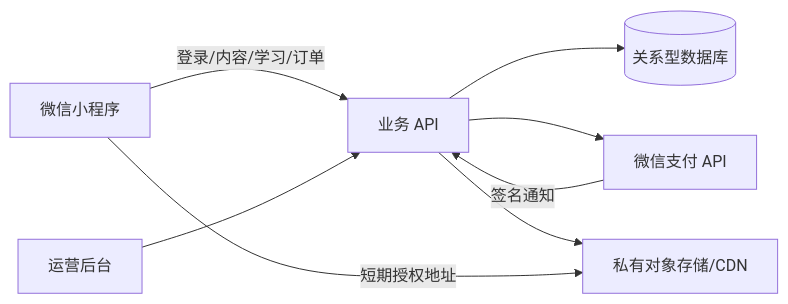
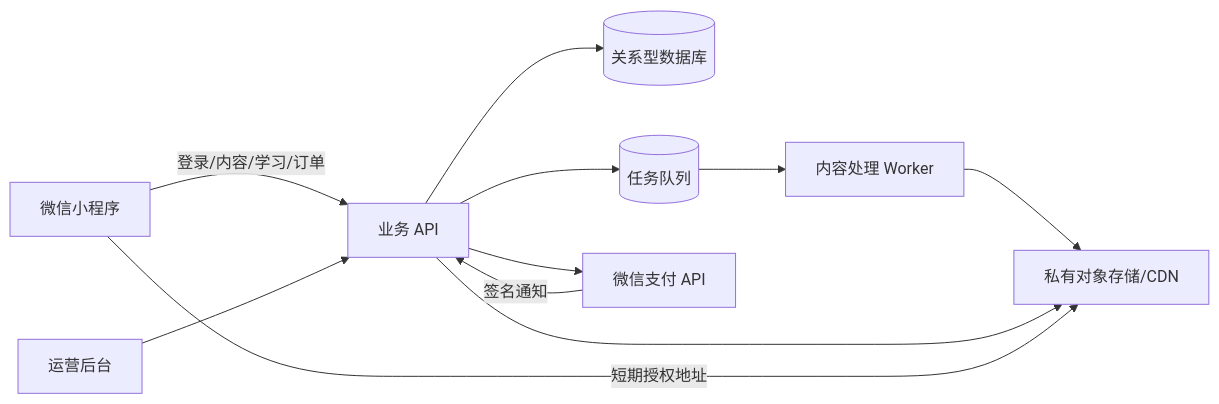
One commit to Evil-Bubble-wzx/wechat-project changed the diagram in docs/正式产品实施计划-v1.1.md. Above: the diagram before and after it, drawn with Mermaid. The commit also changed other lines of this file and 161 other files, not shown here.

````diff
--- a/docs/正式产品实施计划-v1.1.md
+++ b/docs/正式产品实施计划-v1.1.md
@@ -185,10 +186,13 @@
 ```mermaid
 flowchart LR
   MP[微信小程序] -->|登录/内容/学习/订单| API[业务 API]
   API --> DB[(关系型数据库)]
+  API --> Q[(任务队列)]
+  Q --> WORKER[内容处理 Worker]
+  WORKER --> OBJ
   API --> PAY[微信支付 API]
   PAY -->|签名通知| API
   API --> OBJ[私有对象存储/CDN]
   OPS[运营后台] --> API
   MP -->|短期授权地址| OBJ
 ```
````
